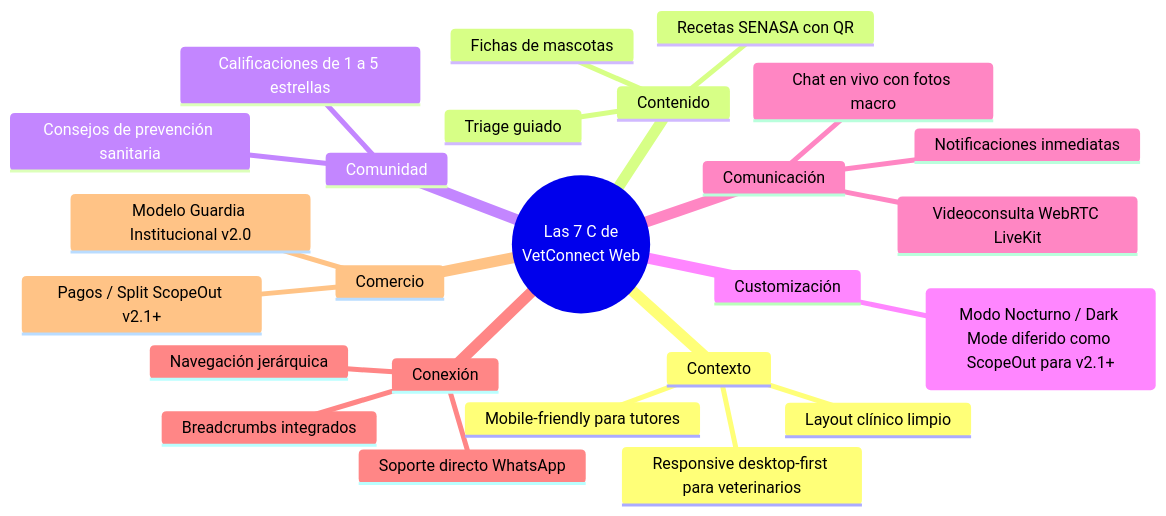
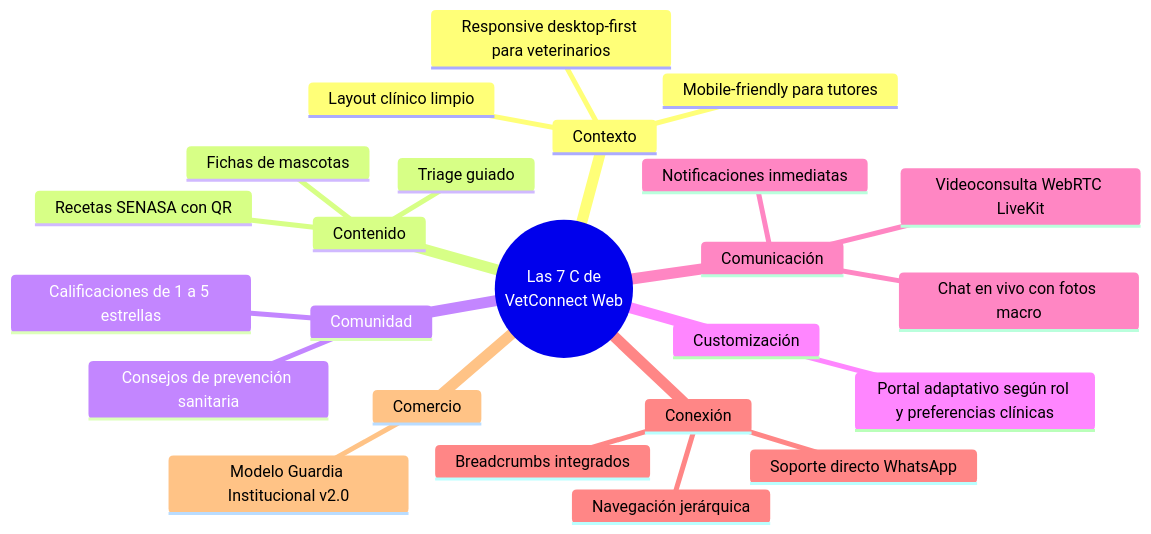
The diagram in docs/web/01_ESTRATEGIA_Y_RELEVAMIENTO.md (grupo-pinnacle/VetConnect), drawn with Mermaid before and after one commit. The commit also changed other lines of this file and 9 other files, not shown here.

````diff
--- a/docs/web/01_ESTRATEGIA_Y_RELEVAMIENTO.md
+++ b/docs/web/01_ESTRATEGIA_Y_RELEVAMIENTO.md
@@ -82,28 +82,27 @@
 ```mermaid
 mindmap
   root((Las 7 C de<br/>VetConnect Web))
     Contexto
       Layout clínico limpio
       Responsive desktop-first para veterinarios
       Mobile-friendly para tutores
     Contenido
       Triage guiado
       Fichas de mascotas
       Recetas SENASA con QR
     Comunidad
       Calificaciones de 1 a 5 estrellas
       Consejos de prevención sanitaria
     Customización
-      Portal adaptativo según rol y preferencias clínicas (Modo Nocturno / Dark Mode diferido como ScopeOut para v2.1+)
+      Portal adaptativo según rol y preferencias clínicas
     Comunicación
       Videoconsulta WebRTC LiveKit
       Chat en vivo con fotos macro
       Notificaciones inmediatas
     Conexión
       Navegación jerárquica
       Breadcrumbs integrados
       Soporte directo WhatsApp
     Comercio
       Modelo Guardia Institucional v2.0
-      Pagos / Split ScopeOut v2.1+
 ```
````
